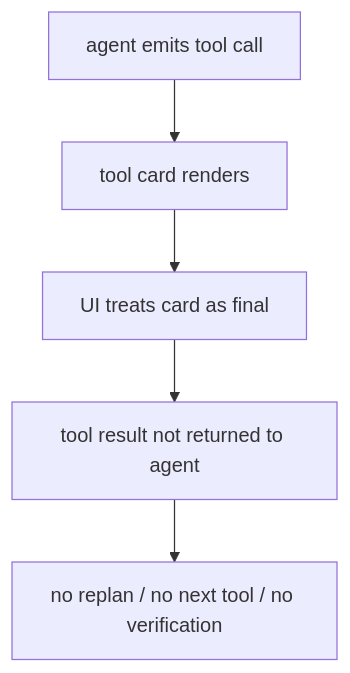
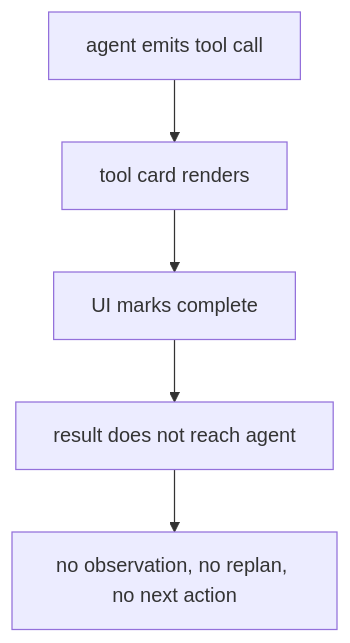
The third of 4 diagrams in site/docs/copilotkit-source/03-control-boundary.md (nfbs2000/speaky-CopilotKit), drawn with Mermaid before and after one commit. The commit also changed other lines of this file and 12 other files, not shown here.

````diff
--- a/site/docs/copilotkit-source/03-control-boundary.md
+++ b/site/docs/copilotkit-source/03-control-boundary.md
@@ -126,7 +132,7 @@
 ```mermaid
 flowchart TD
-  ToolCall["agent emits tool call"] --> Card["tool card renders"]
-  Card --> LocalDone["UI treats card as final"]
-  LocalDone --> Lost["tool result not returned to agent"]
-  Lost --> Broken["no replan / no next tool / no verification"]
+  Call["agent emits tool call"] --> Card["tool card renders"]
+  Card --> Local["UI marks complete"]
+  Local --> Lost["result does not reach agent"]
+  Lost --> Broken["no observation, no replan, no next action"]
 ```
````
